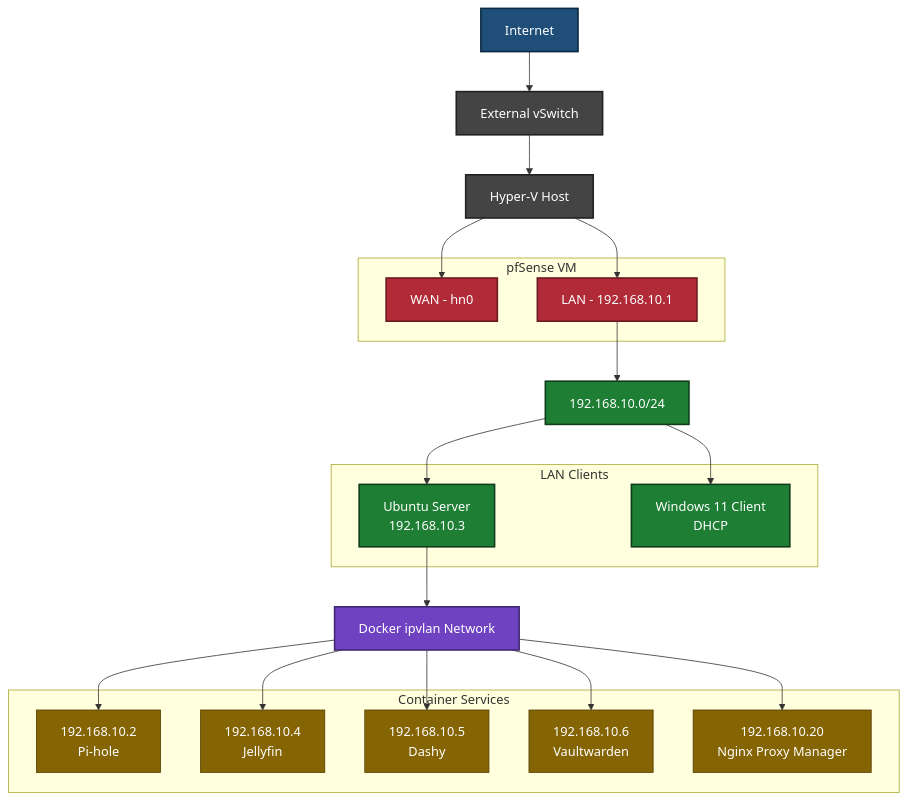
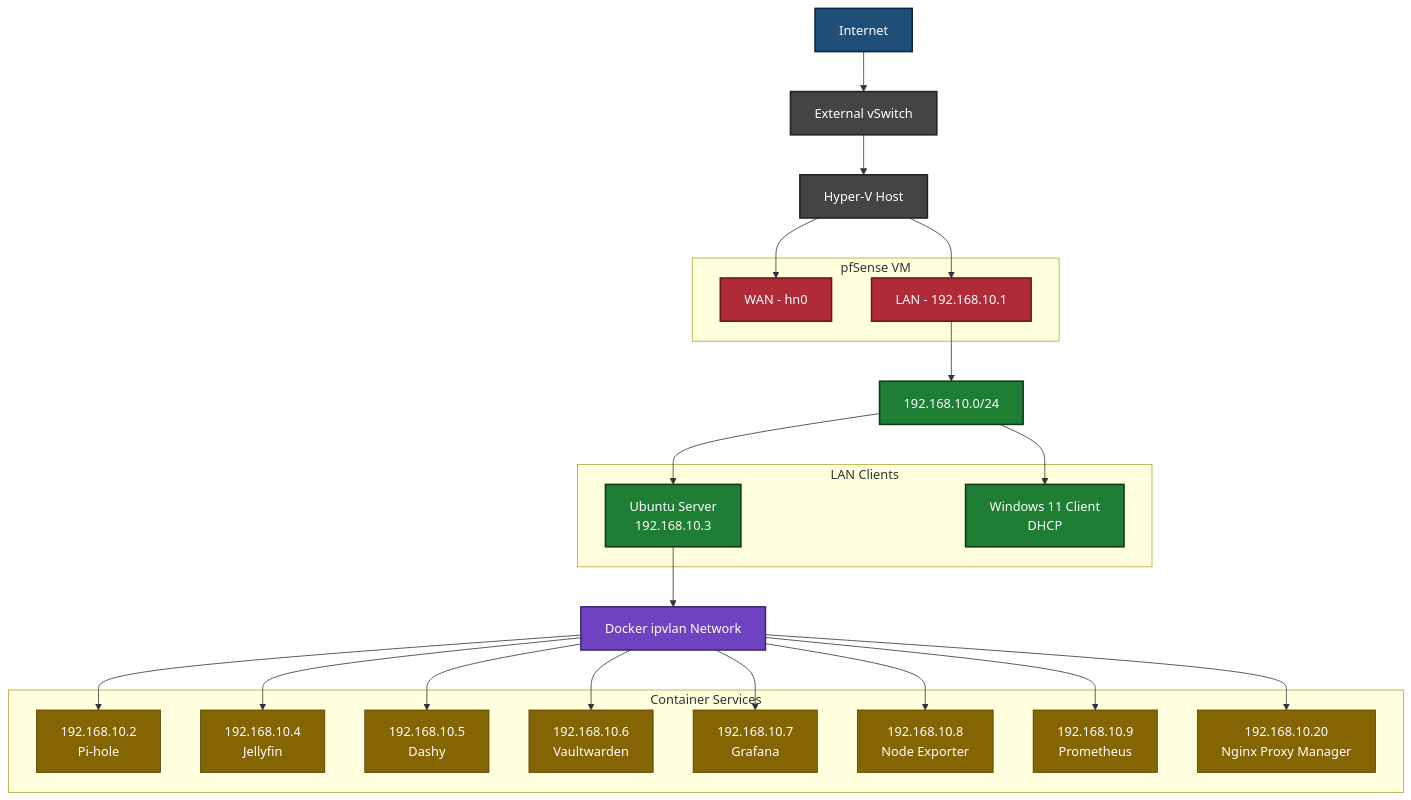
One commit to Jordynns/Wojtek-Network changed the first of 2 diagrams in Technical-Documentation.md. Above: the diagram before and after it, drawn with Mermaid.

Commit message:
Add Grafana and Prometheus to documentation

````diff
--- a/Technical-Documentation.md
+++ b/Technical-Documentation.md
@@ -115,74 +115,80 @@
 ```mermaid
 graph TD
 
 %% =========================
 %% Core Infrastructure
 %% =========================
 
 Internet["Internet"] --> vSwitch["External vSwitch"]
 vSwitch --> HyperV["Hyper-V Host"]
 
 %% =========================
 %% pfSense VM
 %% =========================
 
 subgraph pfSense_VM["pfSense VM"]
     pfWAN["WAN - hn0"]
     pfLAN["LAN - 192.168.10.1"]
 end
 
 HyperV --> pfWAN
 HyperV --> pfLAN
 
 %% =========================
 %% LAN Network
 %% =========================
 
 pfLAN --> LAN["192.168.10.0/24"]
 
 subgraph LAN_Segment["LAN Clients"]
     Ubuntu["Ubuntu Server<br/>192.168.10.3"]
     Win11["Windows 11 Client<br/>DHCP"]
 end
 
 LAN --> Ubuntu
 LAN --> Win11
 
 %% =========================
 %% Docker Network
 %% =========================
 
 Ubuntu --> Docker["Docker ipvlan Network"]
 
 subgraph Docker_Services["Container Services"]
     PiHole["192.168.10.2<br/>Pi-hole"]
     Jellyfin["192.168.10.4<br/>Jellyfin"]
     Dashy["192.168.10.5<br/>Dashy"]
     Vaultwarden["192.168.10.6<br/>Vaultwarden"]
+    Grafana["192.168.10.7<br/>Grafana"]
+    NodeExporter["192.168.10.8<br/>Node Exporter"]
+    Prometheus["192.168.10.9<br/>Prometheus"]
     NPM["192.168.10.20<br/>Nginx Proxy Manager"]
 end
 
 Docker --> PiHole
 Docker --> Jellyfin
 Docker --> Dashy
 Docker --> Vaultwarden
 Docker --> NPM
+Docker --> Prometheus
+Docker --> Grafana
+Docker --> NodeExporter
 
 %% =========================
 %% Styling
 %% =========================
 
 classDef internet fill:#1f4e79,stroke:#0a2a43,color:#ffffff,stroke-width:2px;
 classDef hyperv fill:#444444,stroke:#222222,color:#ffffff,stroke-width:2px;
 classDef firewall fill:#b02a37,stroke:#6c1a21,color:#ffffff,stroke-width:2px;
 classDef lan fill:#1e7e34,stroke:#0f3d1c,color:#ffffff,stroke-width:2px;
 classDef docker fill:#6f42c1,stroke:#432874,color:#ffffff,stroke-width:2px;
 classDef service fill:#856404,stroke:#533f03,color:#ffffff,stroke-width:1px;
 
 class Internet internet;
 class vSwitch,HyperV hyperv;
 class pfWAN,pfLAN firewall;
 class LAN,Ubuntu,Win11 lan;
 class Docker docker;
-class PiHole,Jellyfin,Dashy,Vaultwarden,NPM service;
+class PiHole,Jellyfin,Dashy,Vaultwarden,NPM,Prometheus,Grafana,NodeExporter service;
 ```
````
